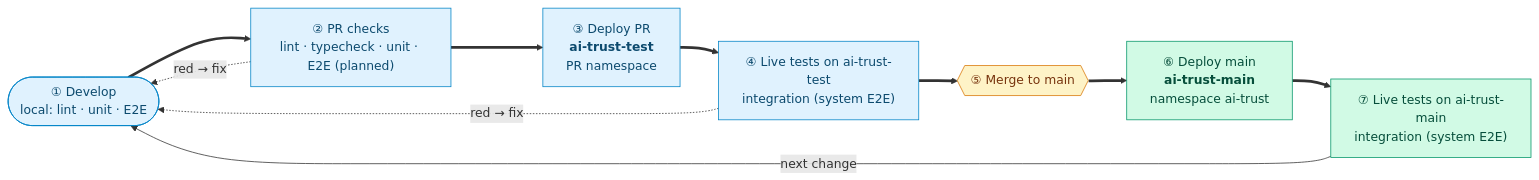
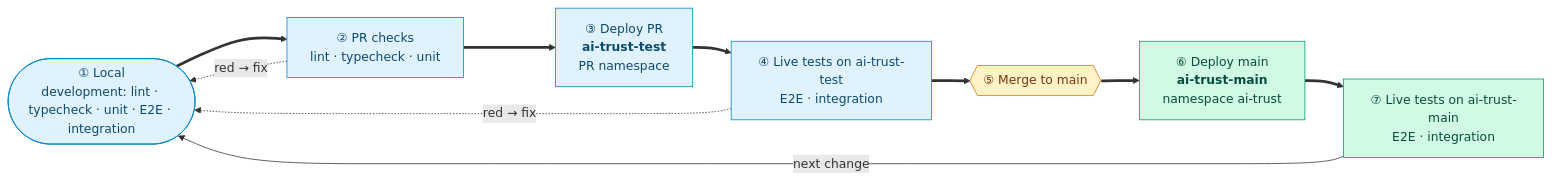
The diagram in docs/tests.md (AI-Trust-Services/ai-trust-platform), drawn with Mermaid before and after one commit. The commit also changed other lines of this file, not shown here.

Commit message:
docs: move Quality gates under Development loop and add integration to local step

````diff
--- a/docs/tests.md
+++ b/docs/tests.md
@@ -38,22 +33,22 @@
 ```mermaid
 flowchart LR
-    DEV(["① Develop<br/>local: lint · unit · E2E"])
-    PR["② PR checks<br/>lint · typecheck · unit · E2E (planned)"]
+    DEV(["① Local<br/>development: lint · typecheck · unit · E2E · integration"])
+    PR["② PR checks<br/>lint · typecheck · unit"]
     DT["③ Deploy PR<br/><b>ai-trust-test</b><br/>PR namespace"]
-    LT["④ Live tests on ai-trust-test<br/>integration (system E2E)"]
+    LT["④ Live tests on ai-trust-test<br/>E2E · integration"]
     MG{{"⑤ Merge to main"}}
     DM["⑥ Deploy main<br/><b>ai-trust-main</b><br/>namespace ai-trust"]
-    LM["⑦ Live tests on ai-trust-main<br/>integration (system E2E)"]
+    LM["⑦ Live tests on ai-trust-main<br/>E2E · integration"]
 
     DEV ==> PR ==> DT ==> LT ==> MG ==> DM ==> LM
     LM -- "next change" --> DEV
     PR -. "red → fix" .-> DEV
     LT -. "red → fix" .-> DEV
 
     classDef test fill:#e0f2fe,stroke:#0284c7,color:#0c4a6e
     classDef main fill:#d1fae5,stroke:#059669,color:#064e3b
     classDef gate fill:#fef3c7,stroke:#d97706,color:#78350f
     class DEV,PR,DT,LT test
     class DM,LM main
     class MG gate
 ```
````
